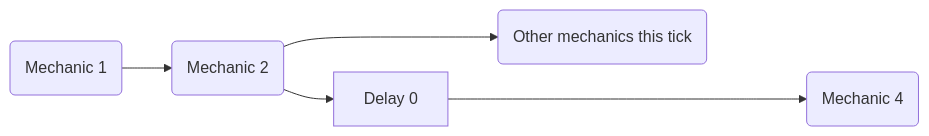
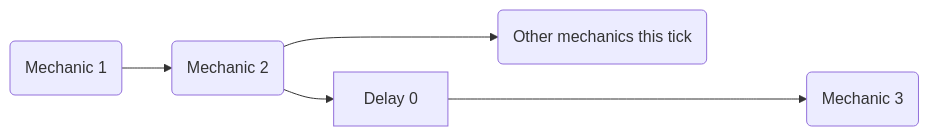
One commit to xiaoxianyu-office/mm changed the first of 2 diagrams in Skills/Intratick-Scheduling.md. Above: the diagram before and after it, drawn with Mermaid. The commit also changed other lines of this file, not shown here.

````diff
--- a/Skills/Intratick-Scheduling.md
+++ b/Skills/Intratick-Scheduling.md
@@ -7,7 +7,7 @@
 ```mermaid
 flowchart LR
     A(Mechanic 1) --> B(Mechanic 2)
     B --> C[Delay 0]
     B ---> D(Other mechanics this tick)
-    C ----> F(Mechanic 4)
+    C ----> F(Mechanic 3)
 ```
````
